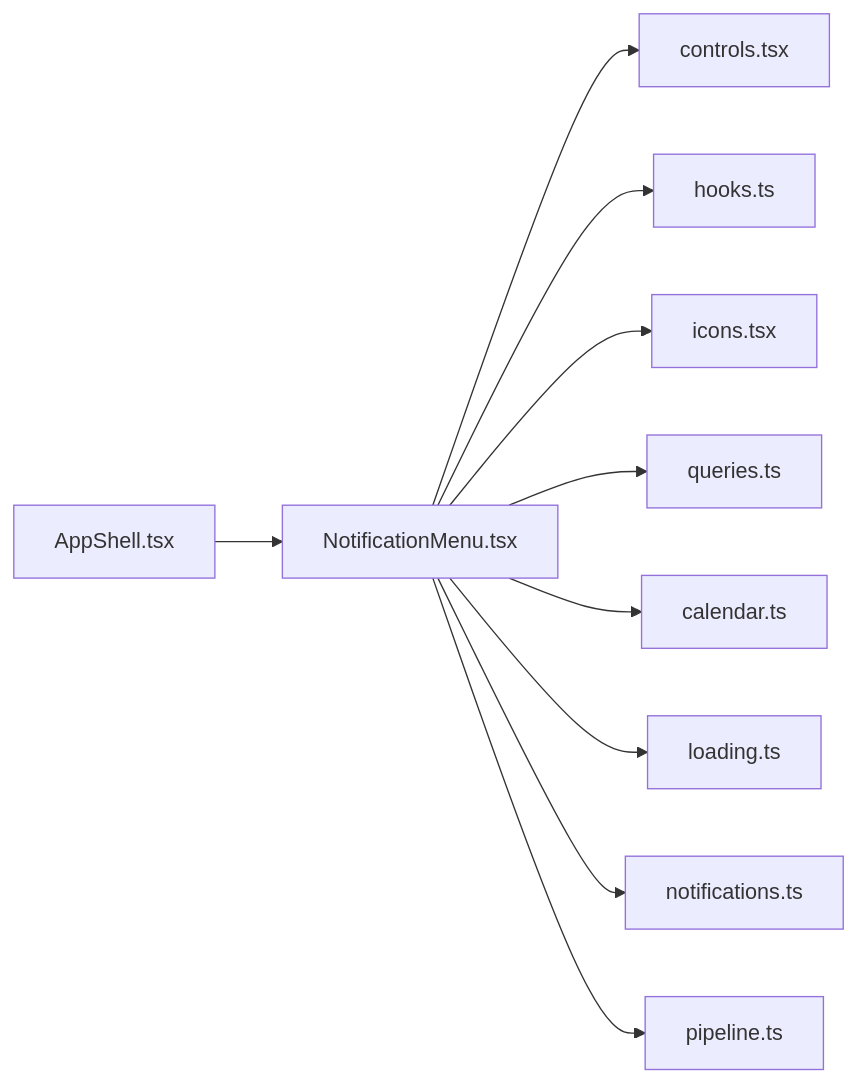
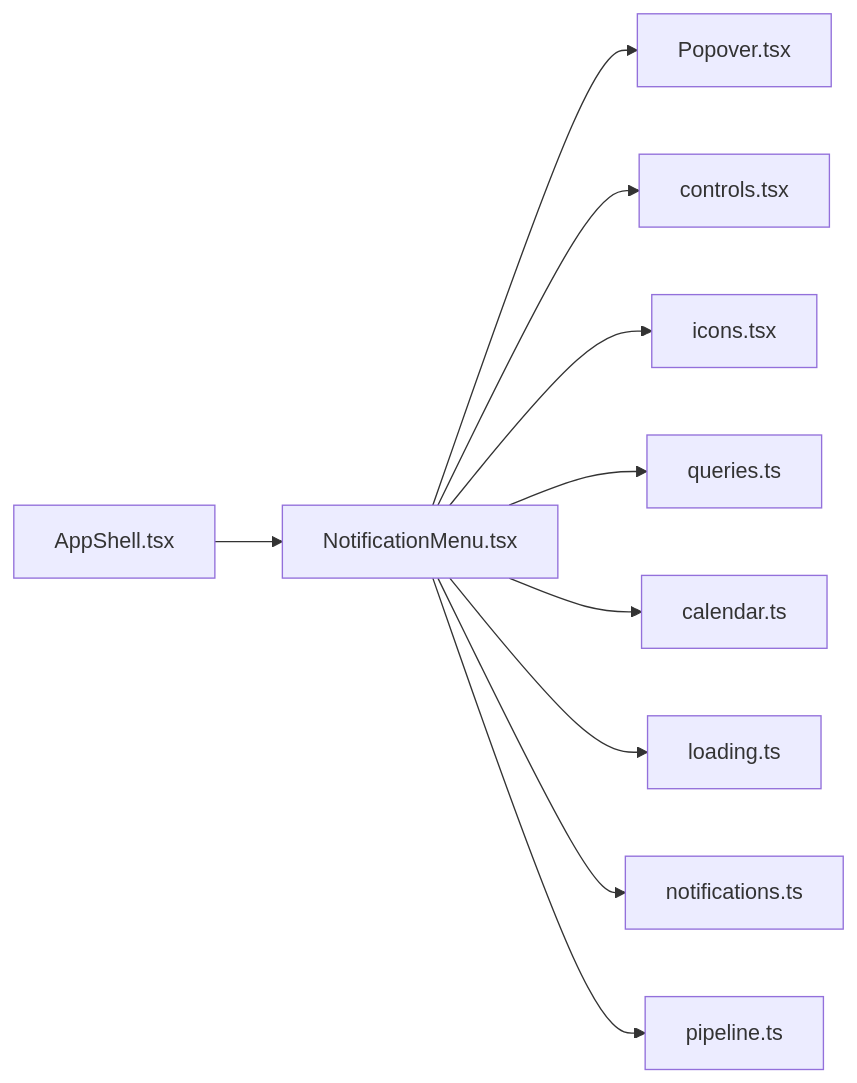
Before and after one commit to minkong-dev/Banblit: the diagram in .cluedoc/graph/frontend/src/components/NotificationMenu.md, drawn with Mermaid. The commit also changed other lines of this file and 21 other files, not shown here.

First line of the commit message:
frontend: add Segmented and Popover components and refine touch and hover styles

````diff
--- a/.cluedoc/graph/frontend/src/components/NotificationMenu.md
+++ b/.cluedoc/graph/frontend/src/components/NotificationMenu.md
@@ -10,13 +10,13 @@
 ```mermaid
 flowchart LR
   frontend_src_components_NotificationMenu["NotificationMenu.tsx"]
+  frontend_src_components_NotificationMenu --> frontend_src_components_Popover["Popover.tsx"]
   frontend_src_components_NotificationMenu --> frontend_src_components_controls["controls.tsx"]
-  frontend_src_components_NotificationMenu --> frontend_src_components_hooks["hooks.ts"]
   frontend_src_components_NotificationMenu --> frontend_src_components_icons["icons.tsx"]
   frontend_src_components_NotificationMenu --> frontend_src_components_queries["queries.ts"]
   frontend_src_components_NotificationMenu --> frontend_src_lib_calendar["calendar.ts"]
   frontend_src_components_NotificationMenu --> frontend_src_lib_loading["loading.ts"]
   frontend_src_components_NotificationMenu --> frontend_src_lib_notifications["notifications.ts"]
   frontend_src_components_NotificationMenu --> frontend_src_lib_pipeline["pipeline.ts"]
   frontend_src_components_AppShell["AppShell.tsx"] --> frontend_src_components_NotificationMenu
 ```
````
